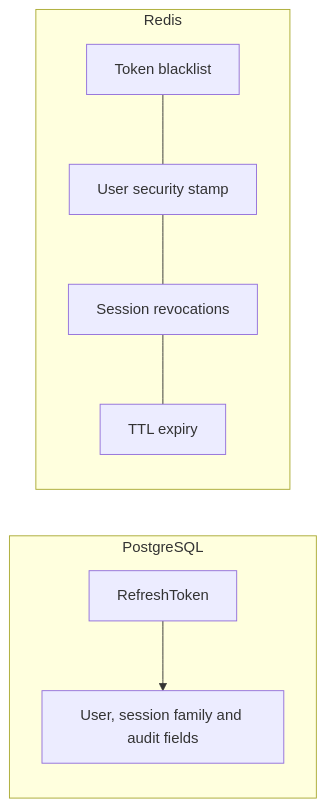
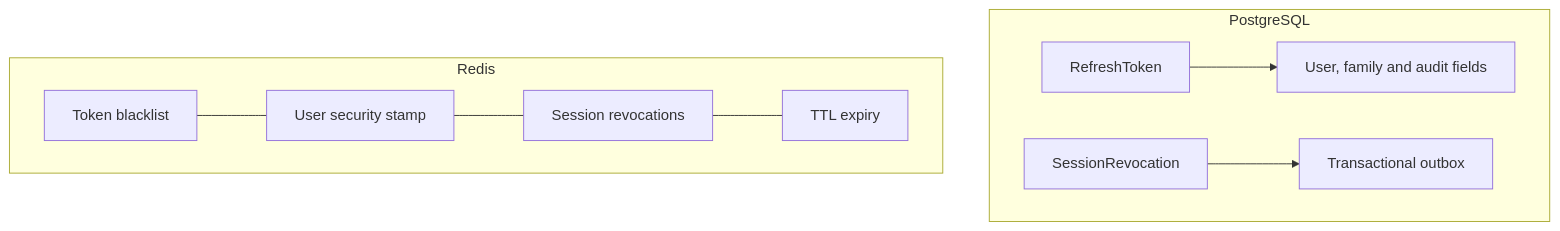
Before and after one commit to mhasabalah/StarterKit: the fourth of 6 diagrams in wiki/Identity/jwt/JWT-AUTH-TECHNICAL-GUIDE.md, drawn with Mermaid. The commit also changed other lines of this file and 7 other files, not shown here.

````diff
--- a/wiki/Identity/jwt/JWT-AUTH-TECHNICAL-GUIDE.md
+++ b/wiki/Identity/jwt/JWT-AUTH-TECHNICAL-GUIDE.md
@@ -73,11 +106,12 @@
 ```mermaid
-flowchart LR
+flowchart TB
   subgraph PostgreSQL
-    T[RefreshToken] --> A[User, session family and audit fields]
+    T[RefreshToken] --> A[User, family and audit fields]
+    E[SessionRevocation] --> O[Transactional outbox]
   end
   subgraph Redis
     B[Token blacklist] --- U[User security stamp]
     U --- S[Session revocations]
     S --- X[TTL expiry]
   end
 ```
````
